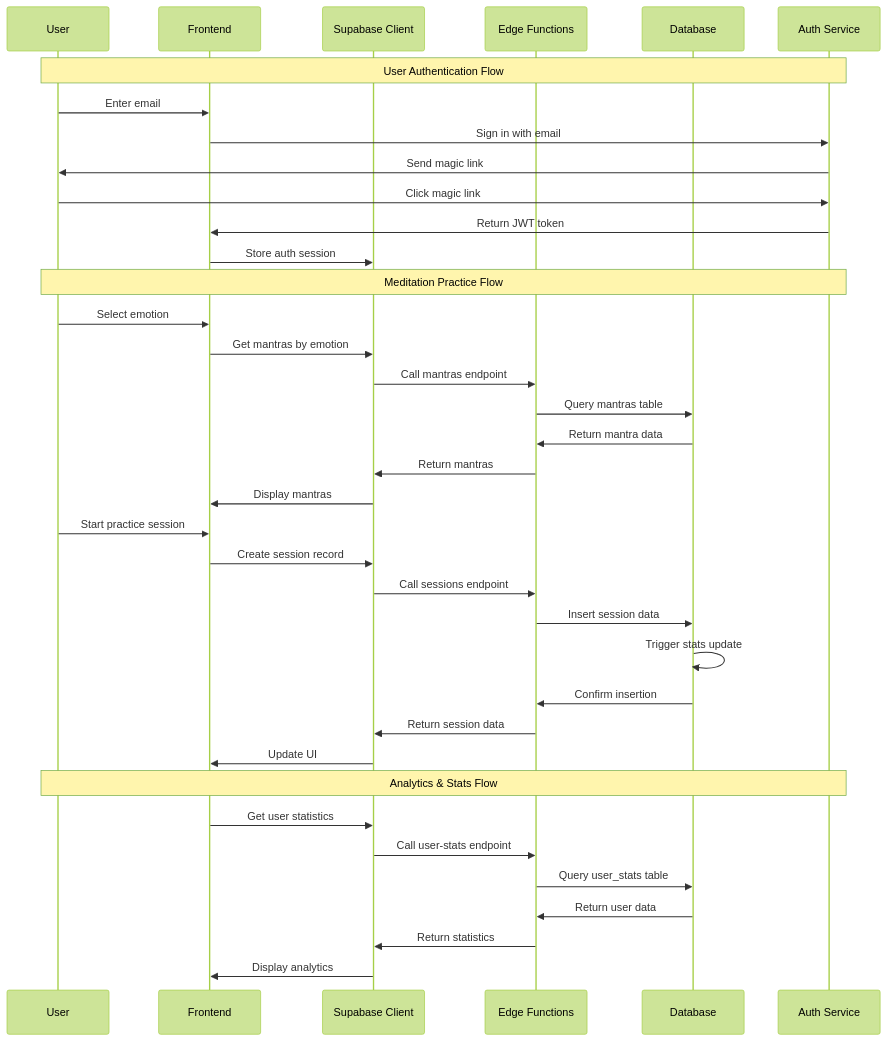
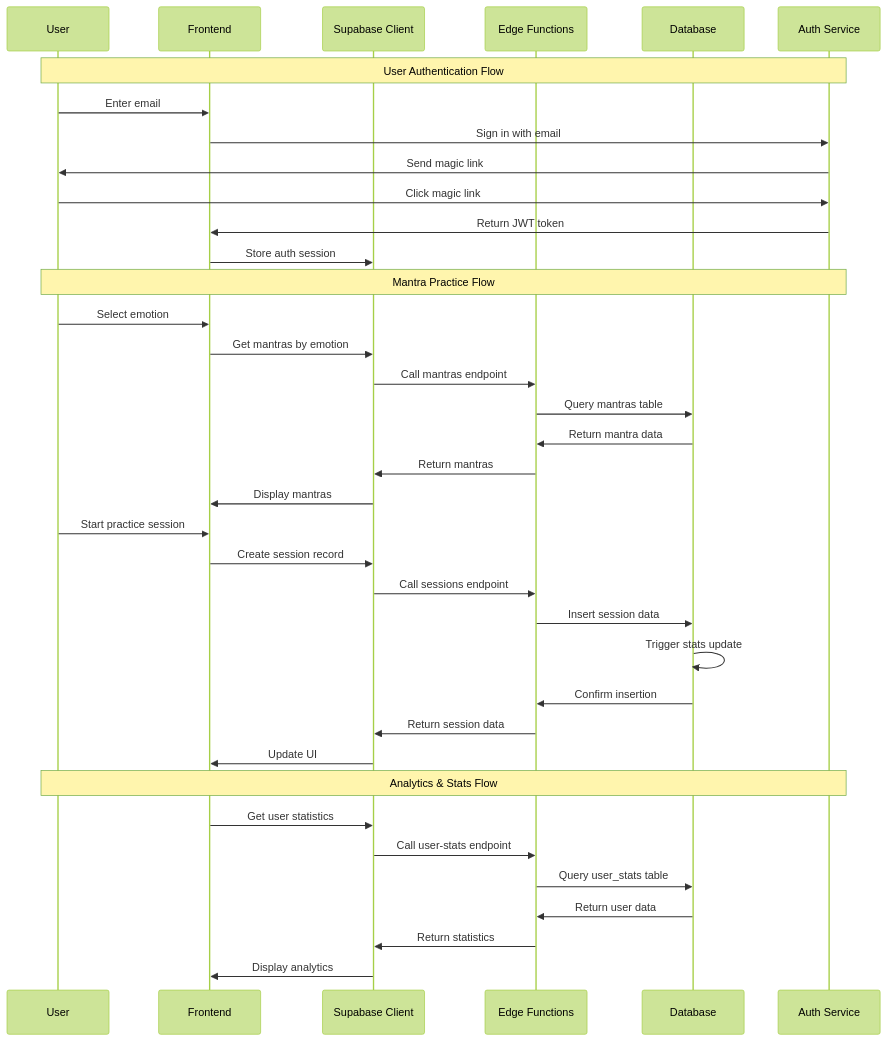
One commit to life-universe025/Emotion-mantra-mapping changed the third of 6 diagrams in README.md. Above: the diagram before and after it, drawn with Mermaid (forest theme). The commit also changed other lines of this file and 46 other files, not shown here.

````diff
--- a/README.md
+++ b/README.md
@@ -355,43 +355,43 @@
 ```mermaid
 sequenceDiagram
     participant U as User
     participant F as Frontend
     participant S as Supabase Client
     participant E as Edge Functions
     participant D as Database
     participant A as Auth Service
     
     Note over U,A: User Authentication Flow
     U->>F: Enter email
     F->>A: Sign in with email
     A->>U: Send magic link
     U->>A: Click magic link
     A->>F: Return JWT token
     F->>S: Store auth session
     
-    Note over U,A: Meditation Practice Flow
+    Note over U,A: Mantra Practice Flow
     U->>F: Select emotion
     F->>S: Get mantras by emotion
     S->>E: Call mantras endpoint
     E->>D: Query mantras table
     D->>E: Return mantra data
     E->>S: Return mantras
     S->>F: Display mantras
     
     U->>F: Start practice session
     F->>S: Create session record
     S->>E: Call sessions endpoint
     E->>D: Insert session data
     D->>D: Trigger stats update
     D->>E: Confirm insertion
     E->>S: Return session data
     S->>F: Update UI
     
     Note over U,A: Analytics & Stats Flow
     F->>S: Get user statistics
     S->>E: Call user-stats endpoint
     E->>D: Query user_stats table
     D->>E: Return user data
     E->>S: Return statistics
     S->>F: Display analytics
 ```
````
